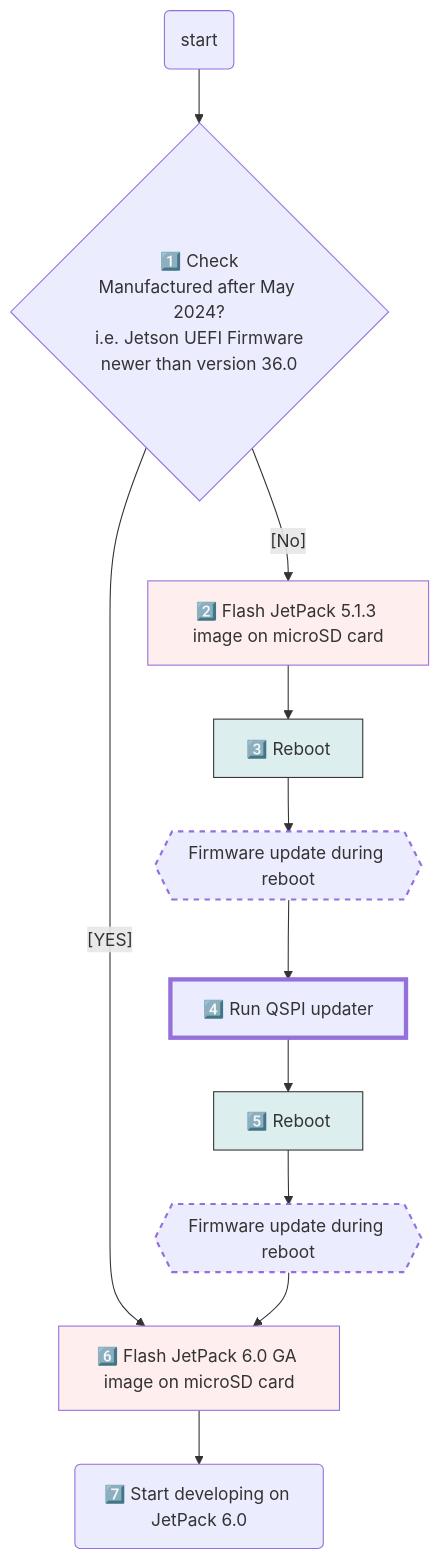
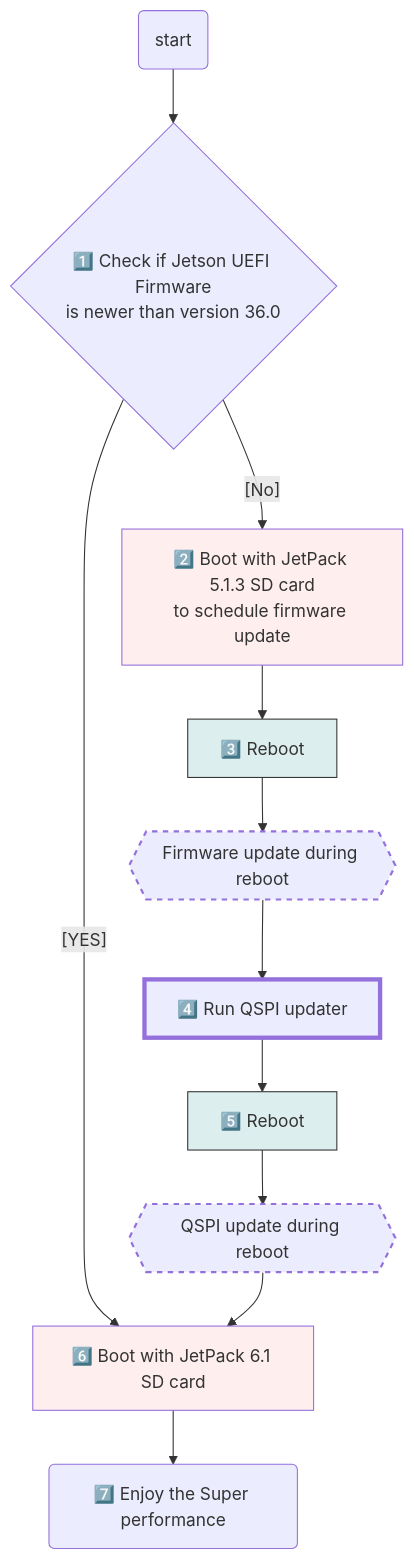
The diagram in docs/initial_setup_jon.md (NVIDIA-AI-IOT/jetson-generative-ai-playground), drawn with Mermaid before and after one commit. The commit also changed other lines of this file, not shown here.

````diff
--- a/docs/initial_setup_jon.md
+++ b/docs/initial_setup_jon.md
@@ -53,18 +53,18 @@
     ```mermaid
     flowchart
-        A(start) --> B{1️⃣ Check<br>Manufactured after May 2024?<br>i.e. Jetson UEFI Firmware<br>newer than version 36.0}
-        B --[YES] --> O[6️⃣ Flash JetPack 6.0 GA image on microSD card]
-        B --[No] --> C[2️⃣ Flash JetPack 5.1.3 image on microSD card]
+        A(start) --> B{1️⃣ Check if Jetson UEFI Firmware<br>is newer than version 36.0}
+        B --[YES] --> O[6️⃣ Boot with JetPack 6.1 SD card]
+        B --[No] --> C[2️⃣ Boot with JetPack 5.1.3 SD card<br>to schedule firmware update ]
         C --> D[3️⃣ Reboot] --> E{{Firmware update during reboot}}
-        E --> F[4️⃣ Run QSPI updater] --> G[5️⃣ Reboot] --> H{{Firmware update during reboot}}
+        E --> F[4️⃣ Run QSPI updater] --> G[5️⃣ Reboot] --> H{{QSPI update during reboot}}
         H --> O
-        O --> P(7️⃣ Start developing on JetPack 6.0) 
+        O --> P(7️⃣ Enjoy the Super performance) 
 
         style C fill:#fee
         style D fill:#DEE,stroke:#333
         style G fill:#DEE,stroke:#333
         style F stroke-width:4px
         style E stroke-width:2px,stroke-dasharray: 5 5
         style H stroke-width:2px,stroke-dasharray: 5 5
         style O fill:#fee
     ```
````
